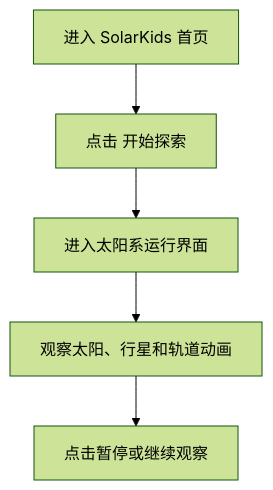
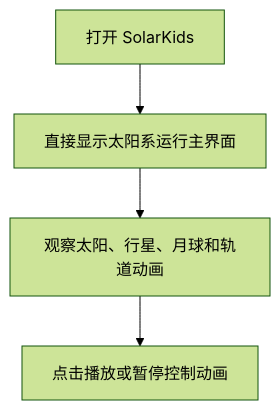
Before and after one commit to shf241/solarkids: the first of 8 diagrams in docs/用户操作流程图.md, drawn with Mermaid (forest theme). The commit also changed other lines of this file and 7 other files, not shown here.

````diff
--- a/docs/用户操作流程图.md
+++ b/docs/用户操作流程图.md
@@ -11,7 +11,6 @@
 ```mermaid
 flowchart TD
-    A["进入 SolarKids 首页"] --> B["点击 开始探索"]
-    B --> C["进入太阳系运行界面"]
-    C --> D["观察太阳、行星和轨道动画"]
-    D --> E["点击暂停或继续观察"]
+    A["打开 SolarKids"] --> B["直接显示太阳系运行主界面"]
+    B --> C["观察太阳、行星、月球和轨道动画"]
+    C --> D["点击播放或暂停控制动画"]
 ```
````
